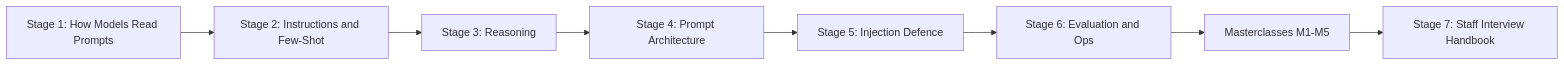
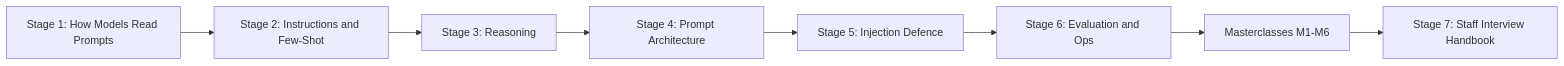
The first of 38 diagrams in README.md (TheLearningHubOrg/learn-prompt-engineering), drawn with Mermaid before and after one commit. The commit also changed other lines of this file and 15 other files, not shown here.

````diff
--- a/README.md
+++ b/README.md
@@ -31,10 +31,10 @@
 ```mermaid
 flowchart LR
     S1["Stage 1: How Models Read Prompts"] --> S2["Stage 2: Instructions and Few-Shot"]
     S2 --> S3["Stage 3: Reasoning"]
     S3 --> S4["Stage 4: Prompt Architecture"]
     S4 --> S5["Stage 5: Injection Defence"]
     S5 --> S6["Stage 6: Evaluation and Ops"]
-    S6 --> M["Masterclasses M1-M5"]
+    S6 --> M["Masterclasses M1-M6"]
     M --> S7["Stage 7: Staff Interview Handbook"]
 ```
````
